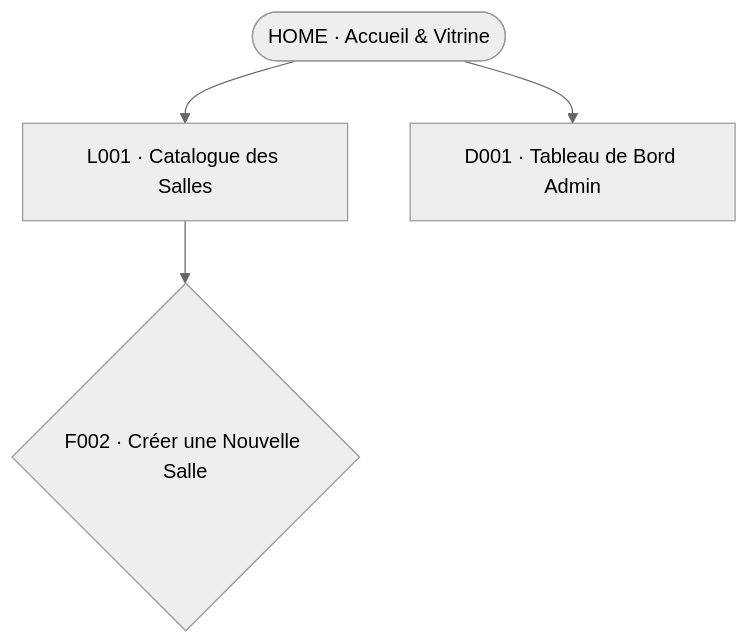
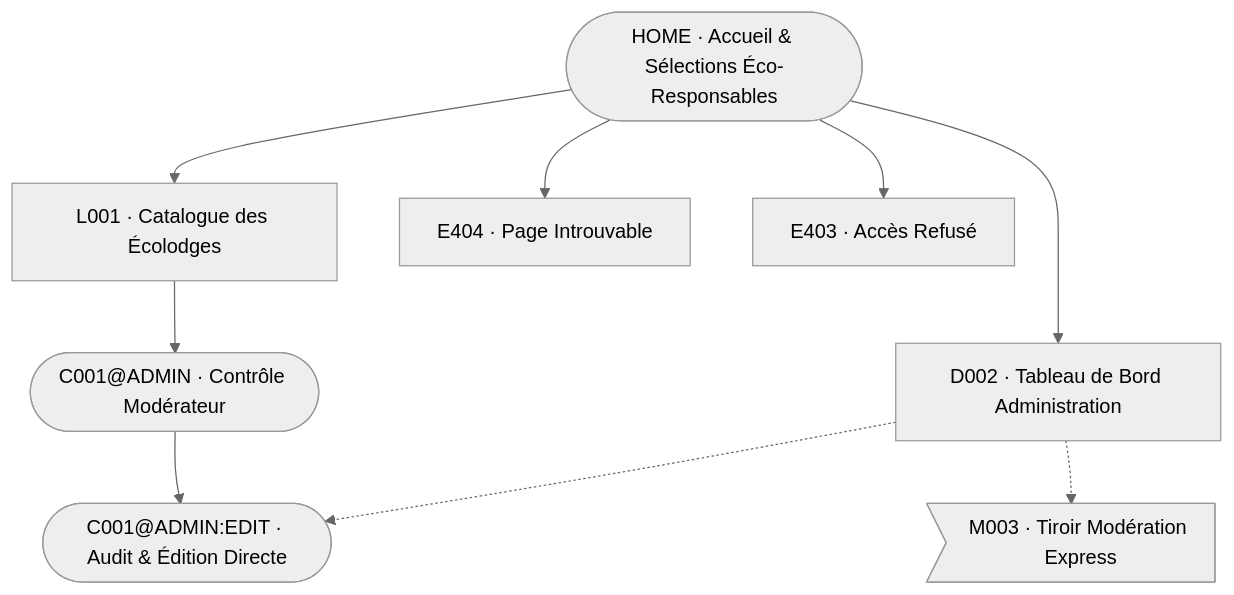
One commit to Pi0up/ai-skills changed the diagram in examples/preview-showcase/sitemap-by-role-admin.mmd. Above: the diagram before and after it, drawn with Mermaid (neutral theme). The commit also changed 40 other files, not shown here.

Commit message:
feat(dataset): add comprehensive ECO-STAYS test dataset covering all IA articulation cases

```diff
--- a/examples/preview-showcase/sitemap-by-role-admin.mmd
+++ b/examples/preview-showcase/sitemap-by-role-admin.mmd
@@ -1,19 +1,37 @@
-%%@file id=sitemap-by-role-admin project=SALLES kind=sitemap view=role role=ADMIN title="Arborescence Administrateur" version="1.1"
-%%@tag SP1 color=green style=outline label="Sprint 1"
-%%@tag SP2 color=orange style=outline label="Sprint 2"
+%%@file id=sitemap-by-role-admin project=ECO-STAYS kind=sitemap view=role role=ADMIN title="Arborescence Administrateur & Modération" version="1.3"
+%%@tag AUDIT color=red style=outline label="Audit & Contrôle"
+%%@tag ECO_LABEL color=green style=fill label="Éco-Label"
 %%@node HOME code=HOME type=HOME access=public roles=ADMIN url=/ order=1
-%%@node L001 code=L001 type=L subtype=datagrid access=public roles=ADMIN url=/rooms order=2
-%%@node F002 code=F002 type=F subtype=formulaire access=protected roles=ADMIN url=/rooms/new tone=accent order=3 tags=SP2 who=ADMIN
-%%@node D001 code=D001 type=D subtype=dashboard access=protected roles=ADMIN url=/dashboard order=4 tags=SP1 who=ADMIN
+%%@node L001 code=L001 type=L subtype=datagrid access=public roles=ADMIN url=/stays order=2
+%%@node C001_admin code=C001@ADMIN type=C subtype=moderation access=protected roles=ADMIN url=/stays/[id] order=3 tags=AUDIT who=ADMIN
+%%@node C001_admin_edit code=C001@ADMIN:EDIT type=C subtype=audit-edition access=protected roles=ADMIN url=/stays/[id]/audit order=4 tags=AUDIT,ECO_LABEL who=ADMIN
+%%@node D002 code=D002 type=D subtype=supervision access=protected roles=ADMIN url=/admin/dashboard order=5 tags=AUDIT who=ADMIN
+%%@node M003 code=M003 type=MOD scope=@ADMIN order=1 tags=AUDIT who=ADMIN
+%%@node E404 code=E404 type=E subtype=erreur-404 access=public roles=ADMIN url=/404 order=6
+%%@node E403 code=E403 type=E subtype=erreur-403 access=public roles=ADMIN url=/403 order=7
 %%@edge HOME>L001 kind=navigation
-%%@edge HOME>D001 kind=navigation
-%%@edge L001>F002 kind=navigation
+%%@edge L001>C001_admin kind=navigation
+%%@edge C001_admin>C001_admin_edit kind=navigation
+%%@edge HOME>D002 kind=navigation
+%%@edge D002>C001_admin_edit kind=action ref=FEAT-MODERER-ANNONCE
+%%@edge D002>M003 kind=invoke
+%%@edge HOME>E404 kind=navigation
+%%@edge HOME>E403 kind=navigation
 flowchart TD
-  HOME(["HOME · Accueil & Vitrine"])
-  L001["L001 · Catalogue des Salles"]
-  F002{"F002 · Créer une Nouvelle Salle"}
-  D001["D001 · Tableau de Bord Admin"]
+  HOME(["HOME · Accueil & Sélections Éco-Responsables"])
+  L001["L001 · Catalogue des Écolodges"]
+  C001_admin(["C001@ADMIN · Contrôle Modérateur"])
+  C001_admin_edit(["C001@ADMIN:EDIT · Audit & Édition Directe"])
+  D002["D002 · Tableau de Bord Administration"]
+  M003>"M003 · Tiroir Modération Express"]
+  E404["E404 · Page Introuvable"]
+  E403["E403 · Accès Refusé"]
 
   HOME --> L001
-  HOME --> D001
-  L001 --> F002
+  L001 --> C001_admin
+  C001_admin --> C001_admin_edit
+  HOME --> D002
+  D002 -.-> C001_admin_edit
+  D002 -.-> M003
+  HOME --> E404
+  HOME --> E403
```
